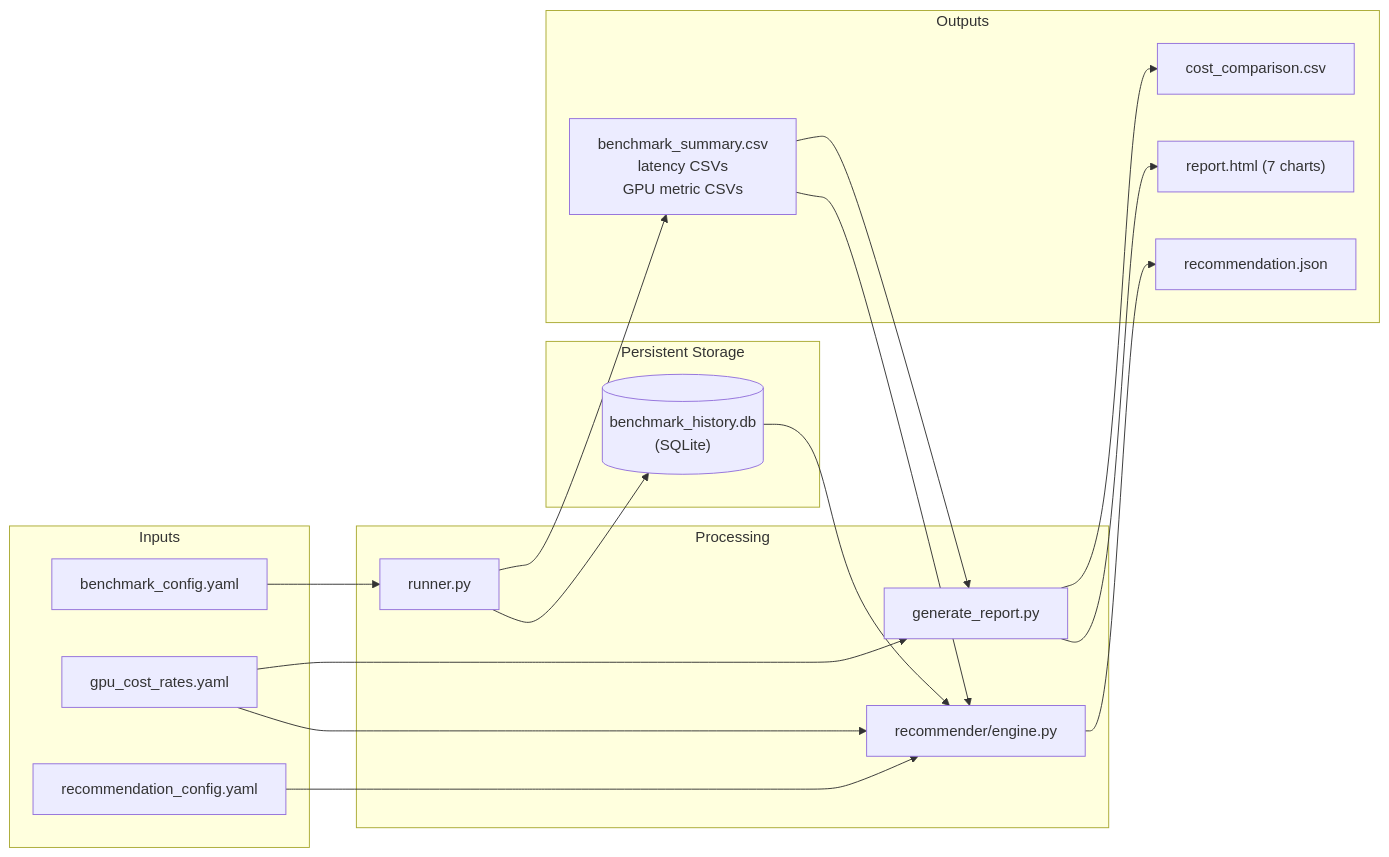
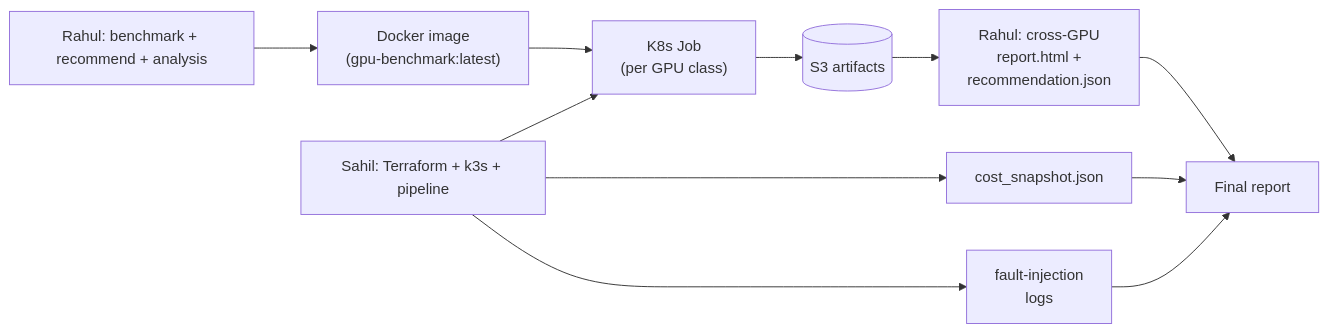
One commit to rahul370139/gpu_cloud_benchmark changed the fifth of 5 diagrams in PROJECT_PROGRESS.md. Above: the diagram before and after it, drawn with Mermaid. The commit also changed other lines of this file and 10 other files, not shown here.

````diff
--- a/PROJECT_PROGRESS.md
+++ b/PROJECT_PROGRESS.md
@@ -188,38 +490,13 @@
 ```mermaid
 flowchart LR
-    subgraph INPUTS["Inputs"]
-        CFG["benchmark_config.yaml"]
-        RATES["gpu_cost_rates.yaml"]
-        REC_CFG["recommendation_config.yaml"]
-    end
-
-    subgraph PROCESSING["Processing"]
-        RUNNER["runner.py"]
-        REPORT_GEN["generate_report.py"]
-        ENGINE["recommender/engine.py"]
-    end
-
-    subgraph STORAGE["Persistent Storage"]
-        DB[("benchmark_history.db<br/>(SQLite)")]
-    end
-
-    subgraph OUTPUTS["Outputs"]
-        CSVS["benchmark_summary.csv<br/>latency CSVs<br/>GPU metric CSVs"]
-        COST_CSV["cost_comparison.csv"]
-        HTML["report.html (7 charts)"]
-        REC_OUT["recommendation.json"]
-    end
-
-    CFG --> RUNNER
-    RUNNER --> CSVS
-    RUNNER --> DB
-    CSVS --> REPORT_GEN
-    RATES --> REPORT_GEN
-    REPORT_GEN --> COST_CSV
-    REPORT_GEN --> HTML
-    CSVS --> ENGINE
-    DB --> ENGINE
-    REC_CFG --> ENGINE
-    RATES --> ENGINE
-    ENGINE --> REC_OUT
+    R["Rahul: benchmark + recommend + analysis"] --> IMG["Docker image<br/>(gpu-benchmark:latest)"]
+    S["Sahil: Terraform + k3s + pipeline"] --> JOB["K8s Job<br/>(per GPU class)"]
+    IMG --> JOB
+    JOB --> S3[("S3 artifacts")]
+    S3 --> R2["Rahul: cross-GPU<br/>report.html +<br/>recommendation.json"]
+    R2 --> RPT["Final report"]
+    S --> COST["cost_snapshot.json"]
+    COST --> RPT
+    S --> FAULT["fault-injection<br/>logs"]
+    FAULT --> RPT
 ```
````
